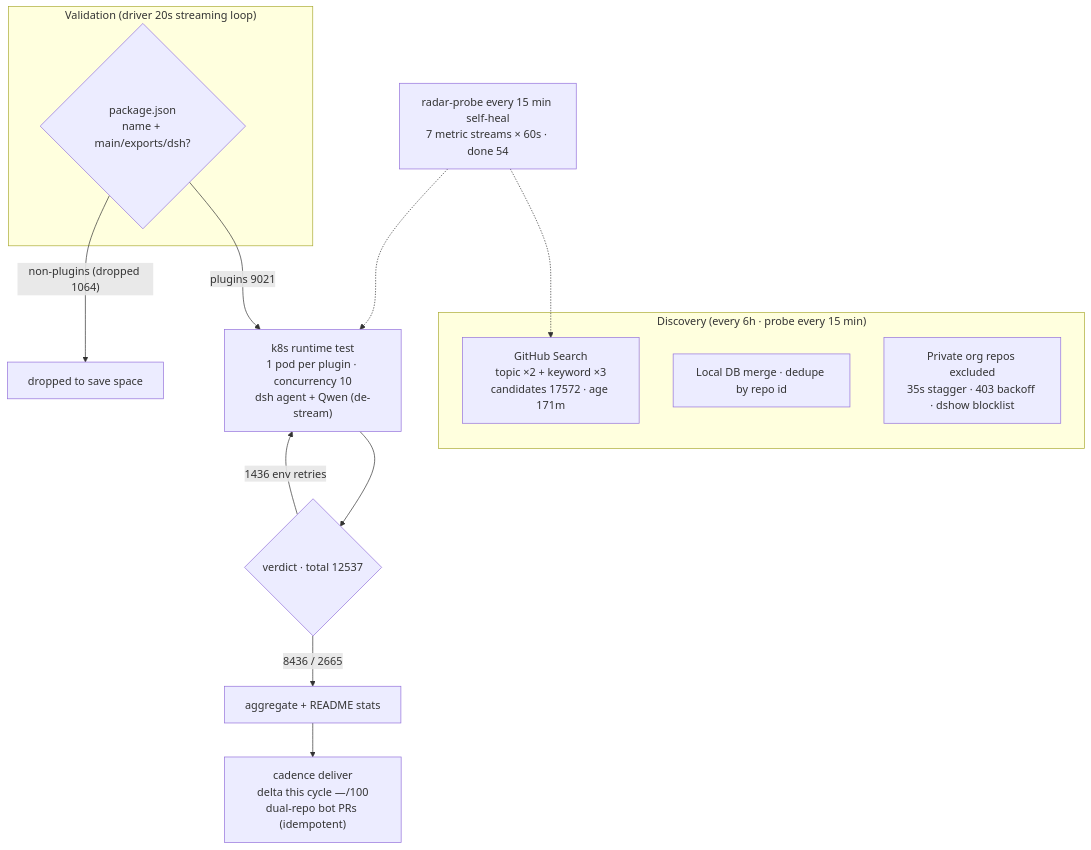
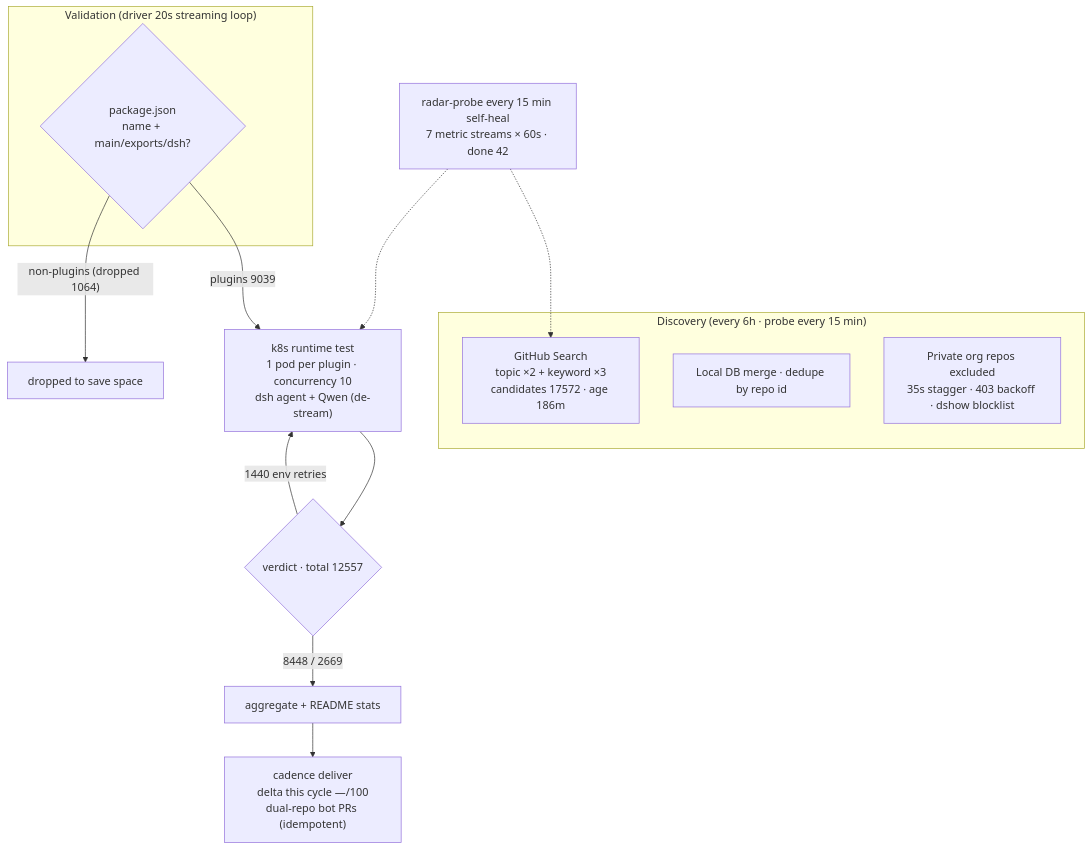
The diagram in README.en-US.md (AdamPlatin123/awesome-dsh-plugins), drawn with Mermaid before and after one commit. The commit also changed other lines of this file and 5 other files, not shown here.

````diff
--- a/README.en-US.md
+++ b/README.en-US.md
@@ -45,20 +45,20 @@
 ```mermaid
 flowchart TB
     subgraph Discovery["Discovery (every 6h · probe every 15 min)"]
-        A1["GitHub Search<br/>topic ×2 + keyword ×3<br/>candidates 17572 · age 171m"]
+        A1["GitHub Search<br/>topic ×2 + keyword ×3<br/>candidates 17572 · age 186m"]
         A2["Local DB merge · dedupe by repo id"]
         A3["Private org repos excluded<br/>35s stagger · 403 backoff · dshow blocklist"]
     end
     subgraph Validation["Validation (driver 20s streaming loop)"]
         B1{"package.json<br/>name + main/exports/dsh?"}
     end
-    B1 -->|"plugins 9021"| C1["k8s runtime test<br/>1 pod per plugin · concurrency 10<br/>dsh agent + Qwen (de-stream)"]
+    B1 -->|"plugins 9039"| C1["k8s runtime test<br/>1 pod per plugin · concurrency 10<br/>dsh agent + Qwen (de-stream)"]
     B1 -->|"non-plugins (dropped 1064)"| B3["dropped to save space"]
-    C1 --> D1{"verdict · total 12537"}
-    D1 -->|"8436 / 2665"| E1["aggregate + README stats"]
-    D1 -->|"1436 env retries"| C1
+    C1 --> D1{"verdict · total 12557"}
+    D1 -->|"8448 / 2669"| E1["aggregate + README stats"]
+    D1 -->|"1440 env retries"| C1
     E1 --> E2["cadence deliver<br/>delta this cycle —/100<br/>dual-repo bot PRs (idempotent)"]
-    M["radar-probe every 15 min self-heal<br/>7 metric streams × 60s · done 54"]
+    M["radar-probe every 15 min self-heal<br/>7 metric streams × 60s · done 42"]
     M -.-> A1
     M -.-> C1
 ```
````
